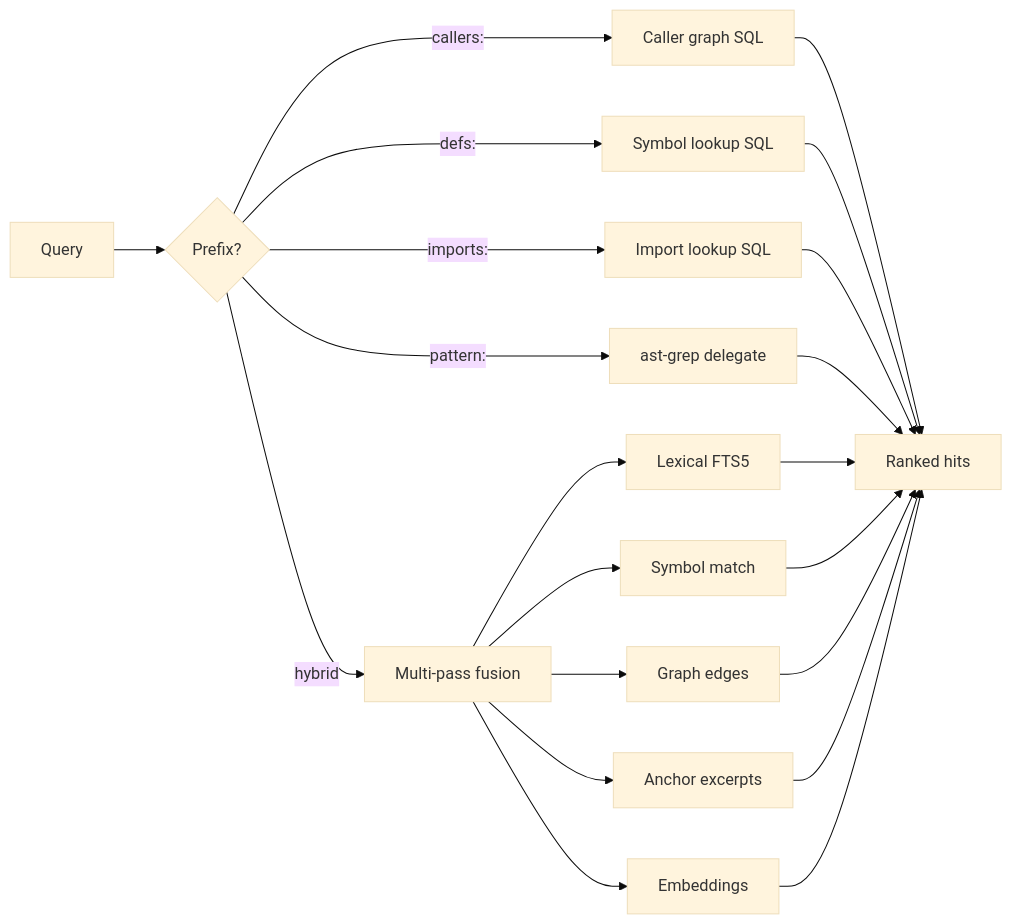
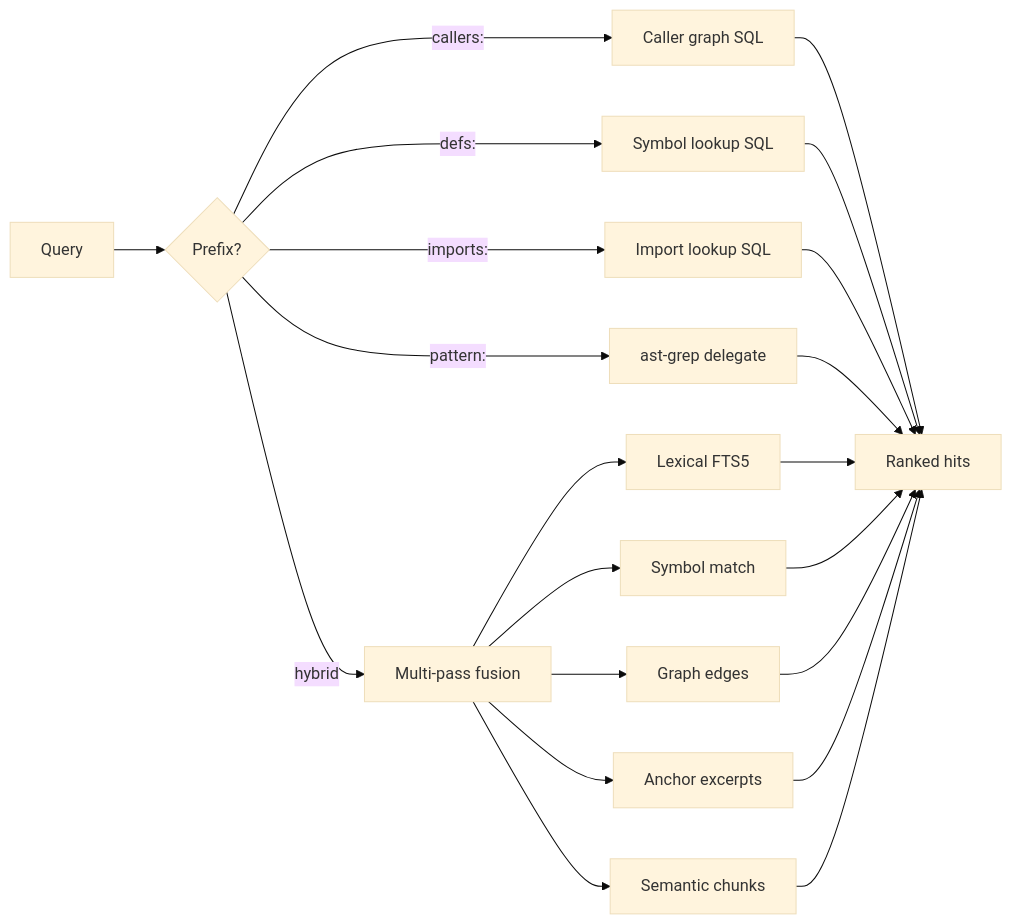
Before and after one commit to AdityaVG13/ast-sgrep: the second of 2 diagrams in README.md, drawn with Mermaid (base theme). The commit also changed other lines of this file and 17 other files, not shown here.

First line of the commit message:
feat: world-class semantic layer — symbol chunks, concept expansion, default on

````diff
--- a/README.md
+++ b/README.md
@@ -96,23 +96,23 @@
 ```mermaid
 flowchart LR
     Q["Query"] --> P{"Prefix?"}
     P -->|callers:| C["Caller graph SQL"]
     P -->|defs:| D["Symbol lookup SQL"]
     P -->|imports:| I["Import lookup SQL"]
     P -->|pattern:| AG["ast-grep delegate"]
     P -->|hybrid| H["Multi-pass fusion"]
     H --> L["Lexical FTS5"]
     H --> S["Symbol match"]
     H --> G["Graph edges"]
     H --> A["Anchor excerpts"]
-    H --> E["Embeddings"]
+    H --> E["Semantic chunks"]
     C --> R["Ranked hits"]
     D --> R
     I --> R
     AG --> R
     L --> R
     S --> R
     G --> R
     A --> R
     E --> R
 ```
````
